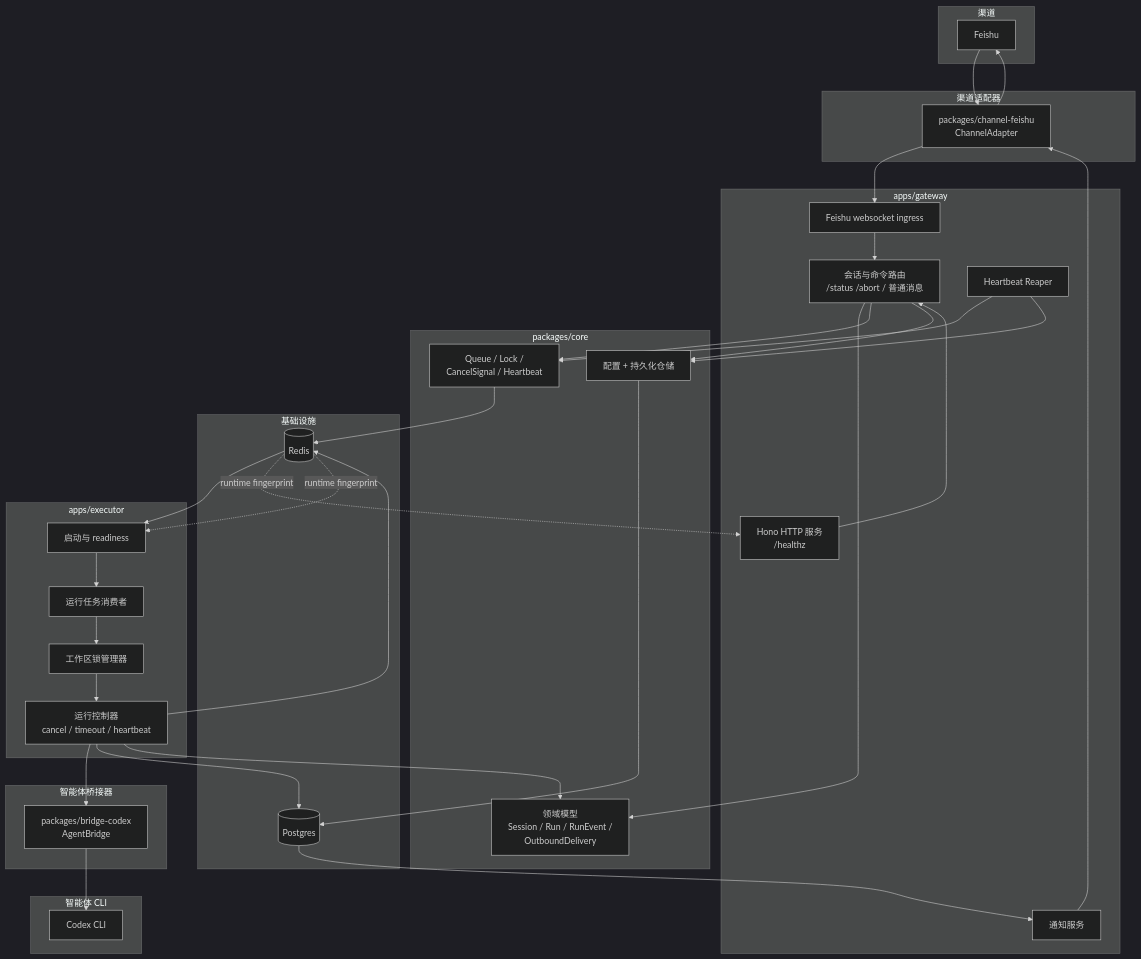
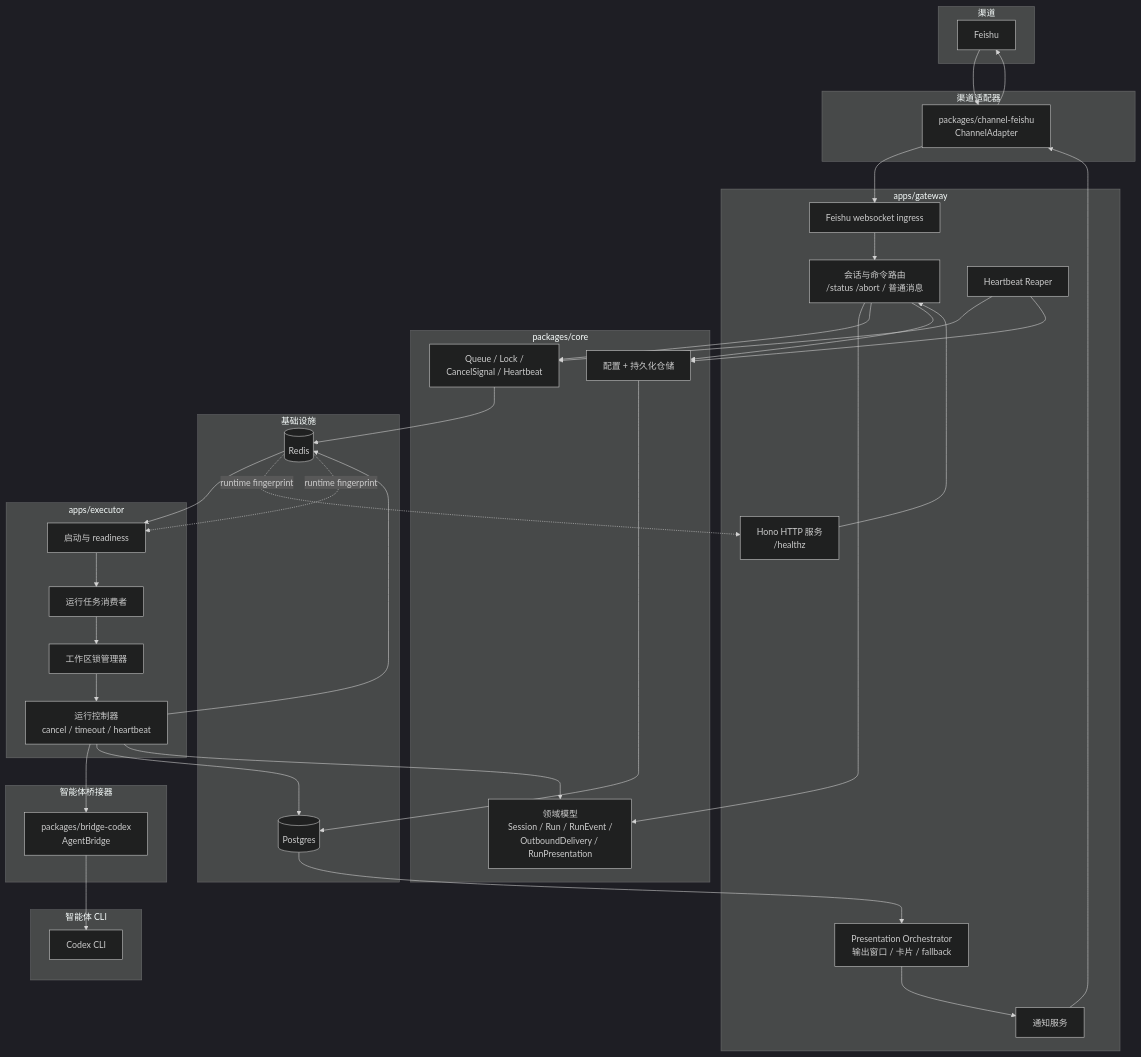
Before and after one commit to pipi-1997/carvis: the first of 2 diagrams in docs/architecture.md, drawn with Mermaid (dark theme). The commit also changed other lines of this file and 58 other files, not shown here.

````diff
--- a/docs/architecture.md
+++ b/docs/architecture.md
@@ -7,72 +7,73 @@
 ```mermaid
 flowchart TB
     subgraph Channels["渠道"]
         FS["Feishu"]
     end
 
     subgraph Gateway["apps/gateway"]
         GW_HTTP["Hono HTTP 服务\n/healthz"]
         GW_WS["Feishu websocket ingress"]
         GW_ROUTE["会话与命令路由\n/status /abort / 普通消息"]
         GW_NOTIFY["通知服务"]
+        GW_PRESENT["Presentation Orchestrator\n输出窗口 / 卡片 / fallback"]
         GW_REAPER["Heartbeat Reaper"]
     end
 
     subgraph ChannelPackages["渠道适配器"]
         PKG_FS["packages/channel-feishu\nChannelAdapter"]
     end
 
     subgraph Core["packages/core"]
-        CORE_DOMAIN["领域模型\nSession / Run / RunEvent /\nOutboundDelivery"]
+        CORE_DOMAIN["领域模型\nSession / Run / RunEvent /\nOutboundDelivery / RunPresentation"]
         CORE_RUNTIME["Queue / Lock /\nCancelSignal / Heartbeat"]
         CORE_STORE["配置 + 持久化仓储"]
     end
 
     subgraph Infra["基础设施"]
         PG[("Postgres")]
         RD[("Redis")]
     end
 
     subgraph Executor["apps/executor"]
         EX_BOOT["启动与 readiness"]
         EX_QUEUE["运行任务消费者"]
         EX_LOCK["工作区锁管理器"]
         EX_CTRL["运行控制器\ncancel / timeout / heartbeat"]
     end
 
     subgraph Bridges["智能体桥接器"]
         BR_CX["packages/bridge-codex\nAgentBridge"]
     end
 
     subgraph Agents["智能体 CLI"]
         CX["Codex CLI"]
     end
 
     FS --> PKG_FS --> GW_WS
     GW_HTTP --> GW_ROUTE
     GW_WS --> GW_ROUTE
 
     GW_ROUTE --> CORE_DOMAIN
     GW_ROUTE --> CORE_RUNTIME
     GW_ROUTE --> CORE_STORE
     GW_REAPER --> CORE_RUNTIME
     GW_REAPER --> CORE_STORE
 
     CORE_STORE --> PG
     CORE_RUNTIME --> RD
 
     RD --> EX_BOOT --> EX_QUEUE
     EX_QUEUE --> EX_LOCK
     EX_LOCK --> EX_CTRL
     EX_CTRL --> BR_CX --> CX
 
     EX_CTRL --> RD
     EX_CTRL --> PG
     EX_CTRL --> CORE_DOMAIN
 
-    PG --> GW_NOTIFY
+    PG --> GW_PRESENT --> GW_NOTIFY
     GW_NOTIFY --> PKG_FS --> FS
 
     RD -. runtime fingerprint .-> GW_HTTP
     RD -. runtime fingerprint .-> EX_BOOT
 ```
````
